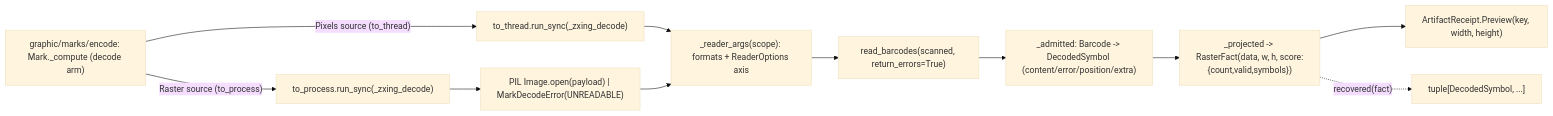
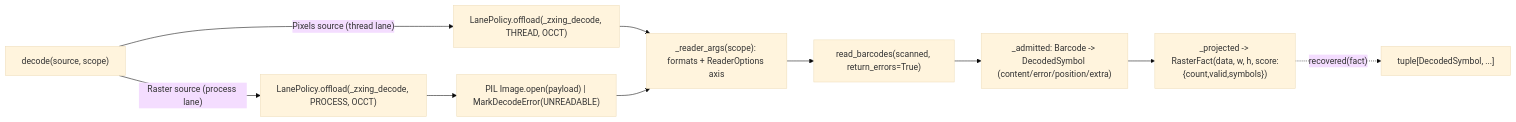
The diagram in libs/python/artifacts/.planning/graphic/marks/decode.md (bsamiee/Rasm), drawn with Mermaid (base theme) before and after one commit. The commit also changed other lines of this file and 181 other files, not shown here.

````diff
--- a/libs/python/artifacts/.planning/graphic/marks/decode.md
+++ b/libs/python/artifacts/.planning/graphic/marks/decode.md
@@ -371,13 +356,12 @@
 ```mermaid
 flowchart LR
-    Compute["graphic/marks/encode: Mark._compute (decode arm)"] -->|"Raster source (to_process)"| Worker["to_process.run_sync(_zxing_decode)"]
-    Compute -->|"Pixels source (to_thread)"| Direct["to_thread.run_sync(_zxing_decode)"]
+    Entry["decode(source, scope)"] -->|"Raster source (process lane)"| Worker["LanePolicy.offload(_zxing_decode, PROCESS, OCCT)"]
+    Entry -->|"Pixels source (thread lane)"| Direct["LanePolicy.offload(_zxing_decode, THREAD, OCCT)"]
     Worker --> Open["PIL Image.open(payload) | MarkDecodeError(UNREADABLE)"]
     Direct --> Args
     Open --> Args["_reader_args(scope): formats + ReaderOptions axis"]
     Args --> Read["read_barcodes(scanned, return_errors=True)"]
     Read --> Admit["_admitted: Barcode -> DecodedSymbol (content/error/position/extra)"]
     Admit --> Fact["_projected -> RasterFact(data, w, h, score:{count,valid,symbols})"]
-    Fact --> Receipt["ArtifactReceipt.Preview(key, width, height)"]
     Fact -.->|"recovered(fact)"| Typed["tuple[DecodedSymbol, ...]"]
 ```
````
